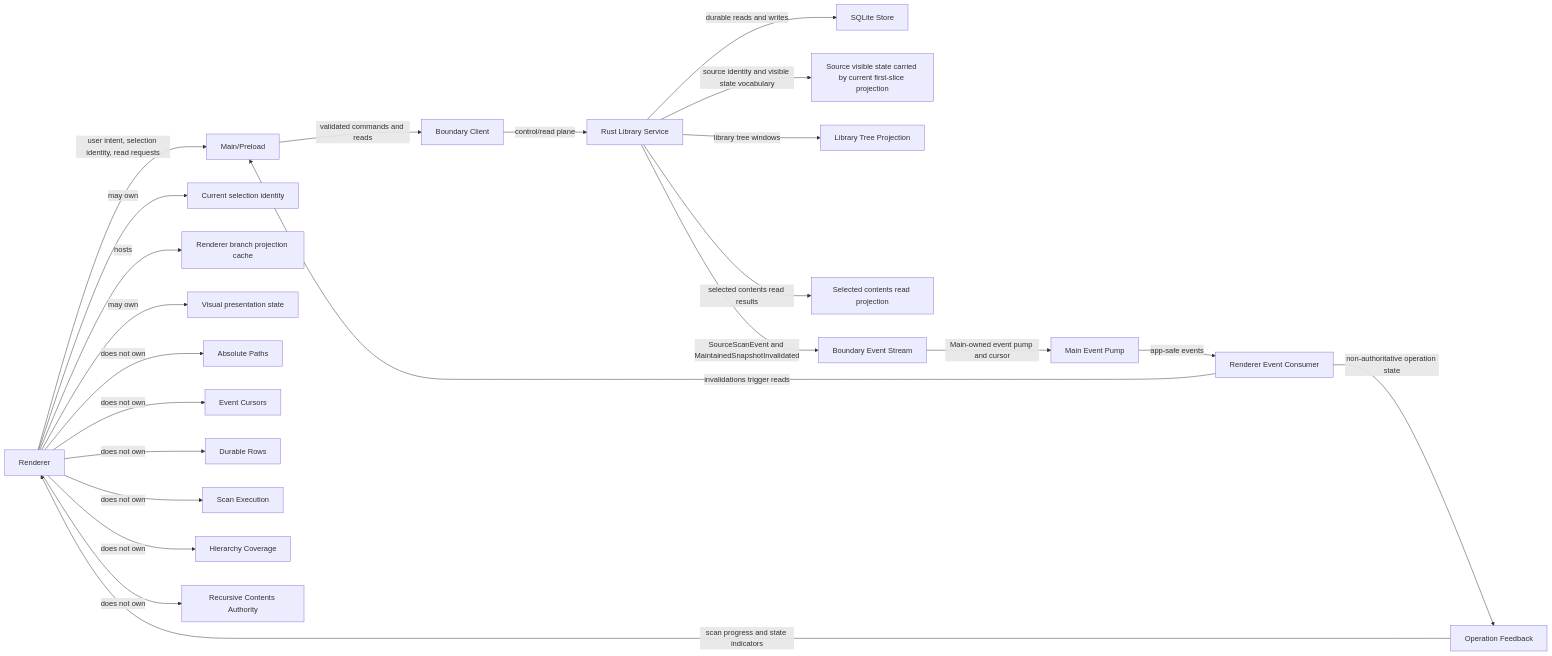
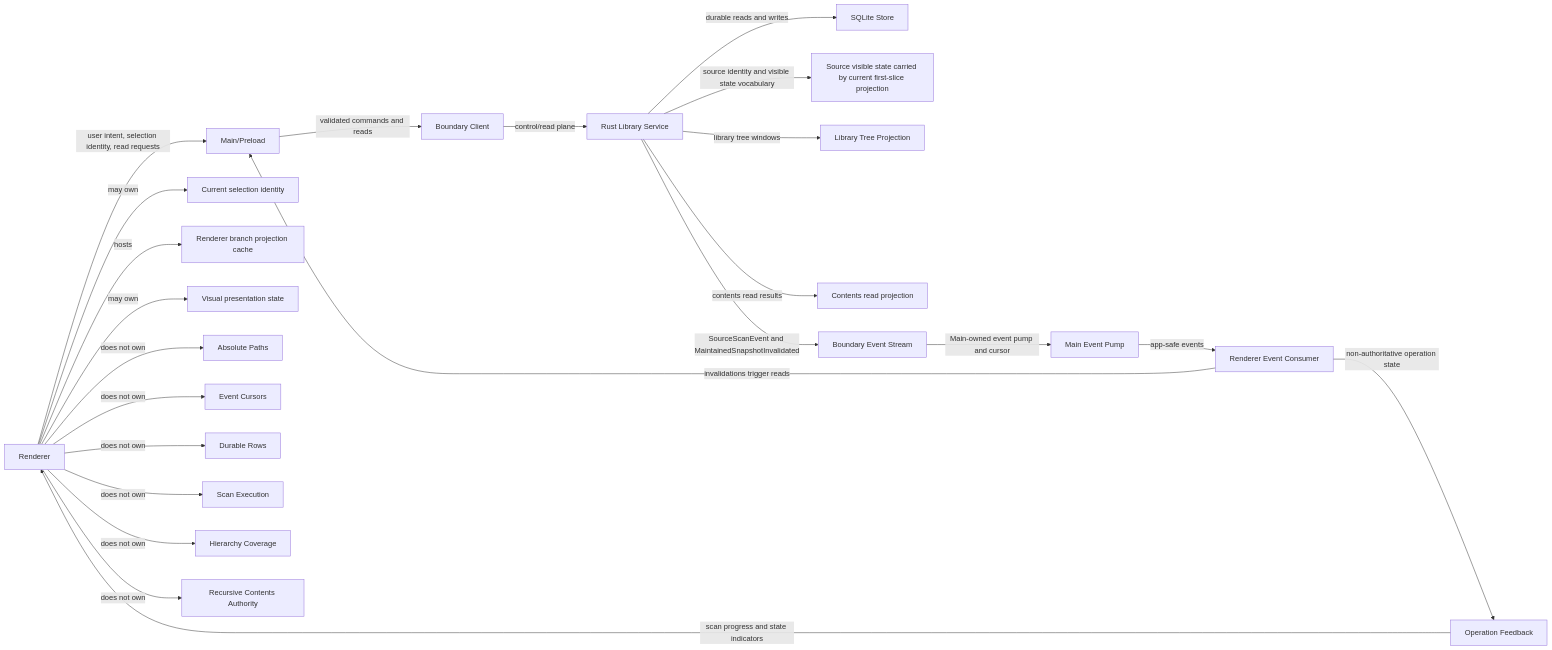
Before and after one commit to maikeleckelboom/dekzer-legacy: diagram 14 of 14 in docs/library/library-substrate-e2e-flow-diagrams.md, drawn with Mermaid. The commit also changed other lines of this file and 17 other files, not shown here.

````diff
--- a/docs/library/library-substrate-e2e-flow-diagrams.md
+++ b/docs/library/library-substrate-e2e-flow-diagrams.md
@@ -784,25 +784,25 @@
 ```mermaid
 flowchart LR
   Renderer["Renderer"] -->|" user intent, selection identity, read requests "| Main["Main/Preload"]
   Main -->|" validated commands and reads "| Client["Boundary Client"]
   Client -->|" control/read plane "| Service["Rust Library Service"]
   Service -->|" durable reads and writes "| SQLite["SQLite Store"]
   Service -->|" source identity and visible state vocabulary "| SourceVisibleVocabulary["Source visible state carried by current first-slice projection"]
   Service -->|" library tree windows "| TreeProjection["Library Tree Projection"]
-  Service -->|" selected contents read results "| ContentsProjection["Selected contents read projection"]
+  Service -->|" contents read results "| ContentsProjection["Contents read projection"]
   Service -->|" SourceScanEvent and MaintainedSnapshotInvalidated "| EventStream["Boundary Event Stream"]
   EventStream -->|" Main-owned event pump and cursor "| MainEventPump["Main Event Pump"]
   MainEventPump -->|" app-safe events "| RendererConsumer["Renderer Event Consumer"]
   RendererConsumer -->|" non-authoritative operation state "| Feedback["Operation Feedback"]
   Feedback -->|" scan progress and state indicators "| Renderer
   RendererConsumer -->|" invalidations trigger reads "| Main
   Renderer -->|" may own "| Selection["Current selection identity"]
   Renderer -->|" hosts "| BranchCache["Renderer branch projection cache"]
   Renderer -->|" may own "| VisualState["Visual presentation state"]
   Renderer -->|" does not own "| NoPath["Absolute Paths"]
   Renderer -->|" does not own "| NoCursor["Event Cursors"]
   Renderer -->|" does not own "| NoRows["Durable Rows"]
   Renderer -->|" does not own "| NoScan["Scan Execution"]
   Renderer -->|" does not own "| NoCoverage["Hierarchy Coverage"]
   Renderer -->|" does not own "| NoContents["Recursive Contents Authority"]
 ```
````
